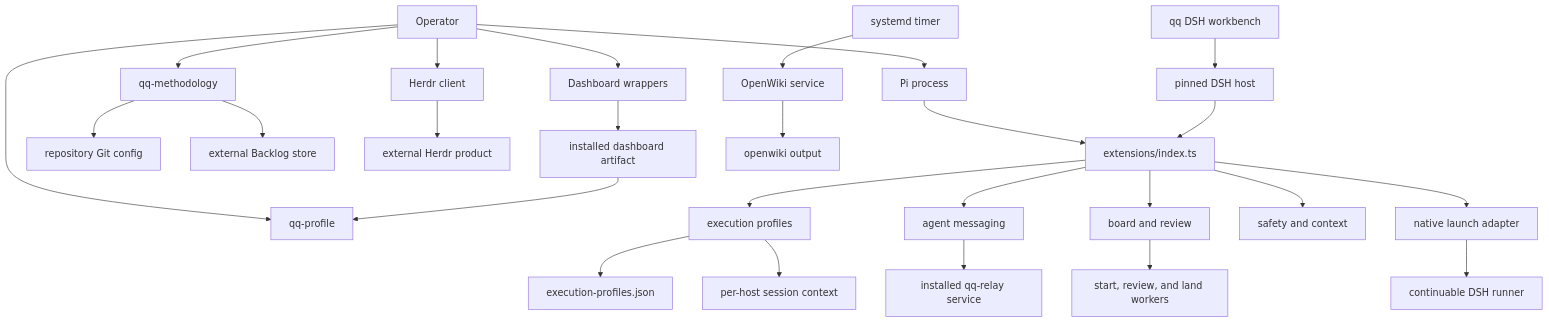
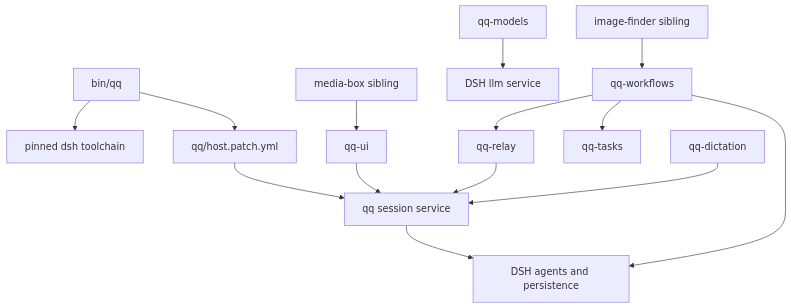
One commit to hypermemetic-ai/qq changed the diagram in openwiki/architecture/overview.md. Above: the diagram before and after it, drawn with Mermaid. The commit also changed other lines of this file and 18 other files, not shown here.

Commit message:
Refresh OpenWiki

````diff
--- a/openwiki/architecture/overview.md
+++ b/openwiki/architecture/overview.md
@@ -14,28 +23,16 @@
 ```mermaid
 flowchart TD
-    Operator["Operator"] --> Pi["Pi process"]
-    Operator --> ProfileCLI["qq-profile"]
-    Operator --> MethodCLI["qq-methodology"]
-    Operator --> HerdrClient["Herdr client"]
-    Operator --> DashboardWrapper["Dashboard wrappers"]
-    Pi --> Bundle["extensions/index.ts"]
-    Bundle --> Profiles["execution profiles"]
-    Bundle --> Messaging["agent messaging"]
-    Bundle --> Workflow["board and review"]
-    Bundle --> Safety["safety and context"]
-    Profiles --> Policy["execution-profiles.json"]
-    Profiles --> SessionContext["per-host session context"]
-    Messaging --> Relay["installed qq-relay service"]
-    Workflow --> Workers["start, review, and land workers"]
-    MethodCLI --> GitConfig["repository Git config"]
-    MethodCLI --> BacklogStore["external Backlog store"]
-    HerdrClient --> HerdrServer["external Herdr product"]
-    DashboardWrapper --> DashboardPackage["installed dashboard artifact"]
-    DashboardPackage --> ProfileCLI
-    DshHost["pinned DSH host"] --> Bundle
-    Bundle --> NativeAdapter["native launch adapter"]
-    NativeAdapter --> NativeRunner["continuable DSH runner"]
-    DshConsole["qq DSH workbench"] --> DshHost
-    Timer["systemd timer"] --> OpenWikiService["OpenWiki service"]
-    OpenWikiService --> Generated["openwiki output"]
+    Launcher["bin/qq"] --> Pins["pinned dsh toolchain"]
+    Launcher --> Patch["qq/host.patch.yml"]
+    Patch --> Core["qq session service"]
+    Core --> Agents["DSH agents and persistence"]
+    UI["qq-ui"] --> Core
+    Relay["qq-relay"] --> Core
+    Workflows["qq-workflows"] --> Agents
+    Workflows --> Relay
+    Workflows --> Tasks["qq-tasks"]
+    Models["qq-models"] --> LLM["DSH llm service"]
+    Dictation["qq-dictation"] --> Core
+    Finder["image-finder sibling"] --> Workflows
+    Media["media-box sibling"] --> UI
 ```
````
